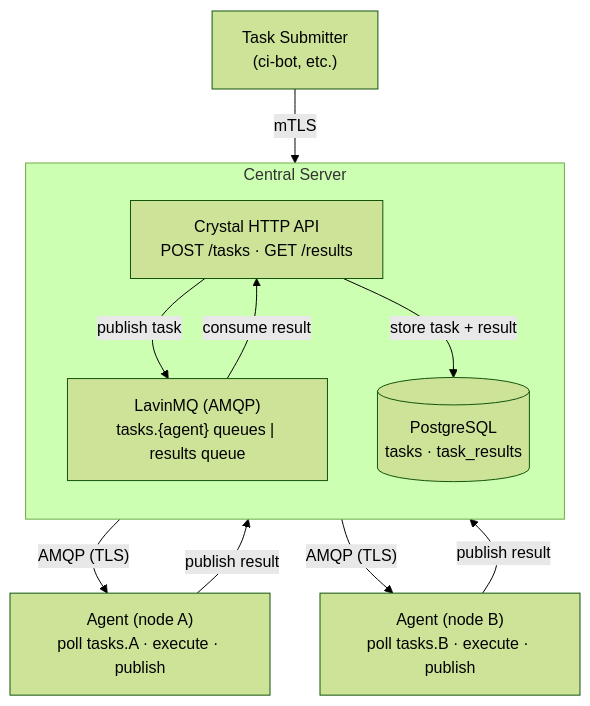
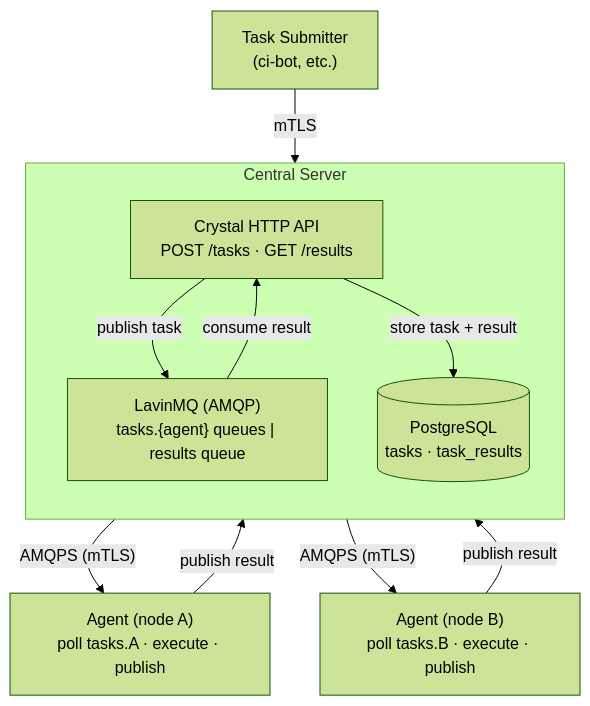
The diagram in README.md (hanzzen94/command_runner), drawn with Mermaid (forest theme) before and after one commit. The commit also changed other lines of this file, not shown here.

First line of the commit message:
Update README for AMQP mTLS and per-agent certificates

````diff
--- a/README.md
+++ b/README.md
@@ -8,24 +8,24 @@
 ```mermaid
 flowchart TB
     Submitter["Task Submitter<br/>(ci-bot, etc.)"]
 
     subgraph Server["Central Server"]
         direction TB
         API["Crystal HTTP API<br/>POST /tasks · GET /results"]
         MQ["LavinMQ (AMQP)<br/>tasks.{agent} queues | results queue"]
         DB[("PostgreSQL<br/>tasks · task_results")]
         API -->|"publish task"| MQ
         MQ -->|"consume result"| API
         API -->|"store task + result"| DB
     end
 
     Submitter -->|"mTLS"| API
 
     AgentA["Agent (node A)<br/>poll tasks.A · execute · publish"]
     AgentB["Agent (node B)<br/>poll tasks.B · execute · publish"]
 
-    MQ -->|"AMQP (TLS)"| AgentA
-    MQ -->|"AMQP (TLS)"| AgentB
+    MQ -->|"AMQPS (mTLS)"| AgentA
+    MQ -->|"AMQPS (mTLS)"| AgentB
     AgentA -->|"publish result"| MQ
     AgentB -->|"publish result"| MQ
 ```
````
